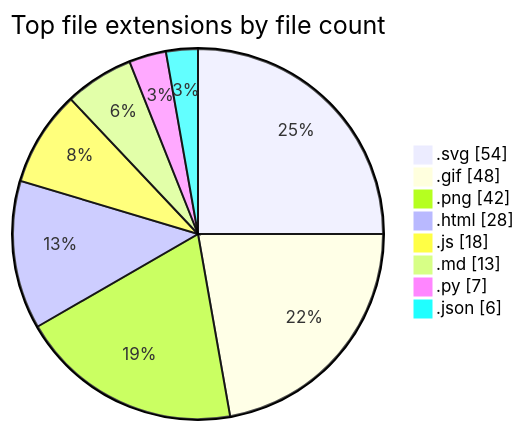
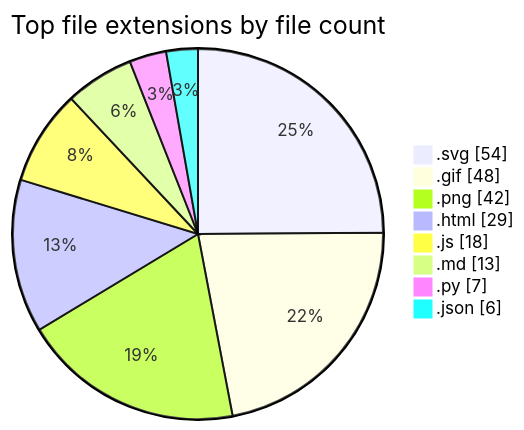
The second of 2 diagrams in README.md (tchinso/tchinso), drawn with Mermaid before and after one commit. The commit also changed other lines of this file, not shown here.

````diff
--- a/README.md
+++ b/README.md
@@ -46,12 +46,12 @@
 ```mermaid
 pie showData
     title Top file extensions by file count
     ".svg" : 54
     ".gif" : 48
     ".png" : 42
-    ".html" : 28
+    ".html" : 29
     ".js" : 18
     ".md" : 13
     ".py" : 7
     ".json" : 6
 ```
````
